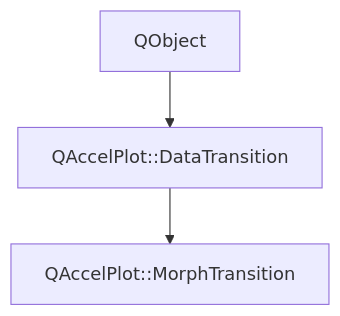
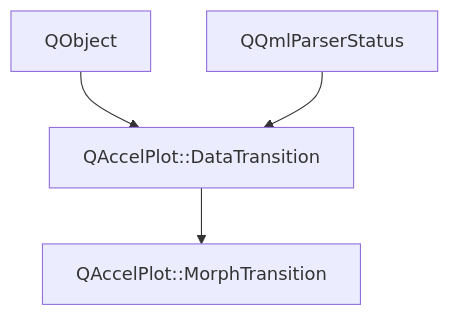
The diagram in main/assets/.doxy/QAccelPlot/api/classQAccelPlot_1_1MorphTransition.md (michalgrabarczyk/QAccelPlot), drawn with Mermaid before and after one commit. The commit also changed other lines of this file and 381 other files, not shown here.

````diff
--- a/main/assets/.doxy/QAccelPlot/api/classQAccelPlot_1_1MorphTransition.md
+++ b/main/assets/.doxy/QAccelPlot/api/classQAccelPlot_1_1MorphTransition.md
@@ -31,12 +31,14 @@
 ```mermaid
 flowchart TB
   classQAccelPlot_1_1MorphTransition["QAccelPlot::MorphTransition"]
 
   classQAccelPlot_1_1DataTransition["QAccelPlot::DataTransition"]
   classQAccelPlot_1_1DataTransition --> classQAccelPlot_1_1MorphTransition
   click classQAccelPlot_1_1DataTransition "../classQAccelPlot_1_1DataTransition/" "Open QAccelPlot::DataTransition"
 
   external_base_classQAccelPlot_1_1DataTransition_1["QObject"]
   external_base_classQAccelPlot_1_1DataTransition_1 --> classQAccelPlot_1_1DataTransition
+  external_base_classQAccelPlot_1_1DataTransition_2["QQmlParserStatus"]
+  external_base_classQAccelPlot_1_1DataTransition_2 --> classQAccelPlot_1_1DataTransition
 
 ```
````
